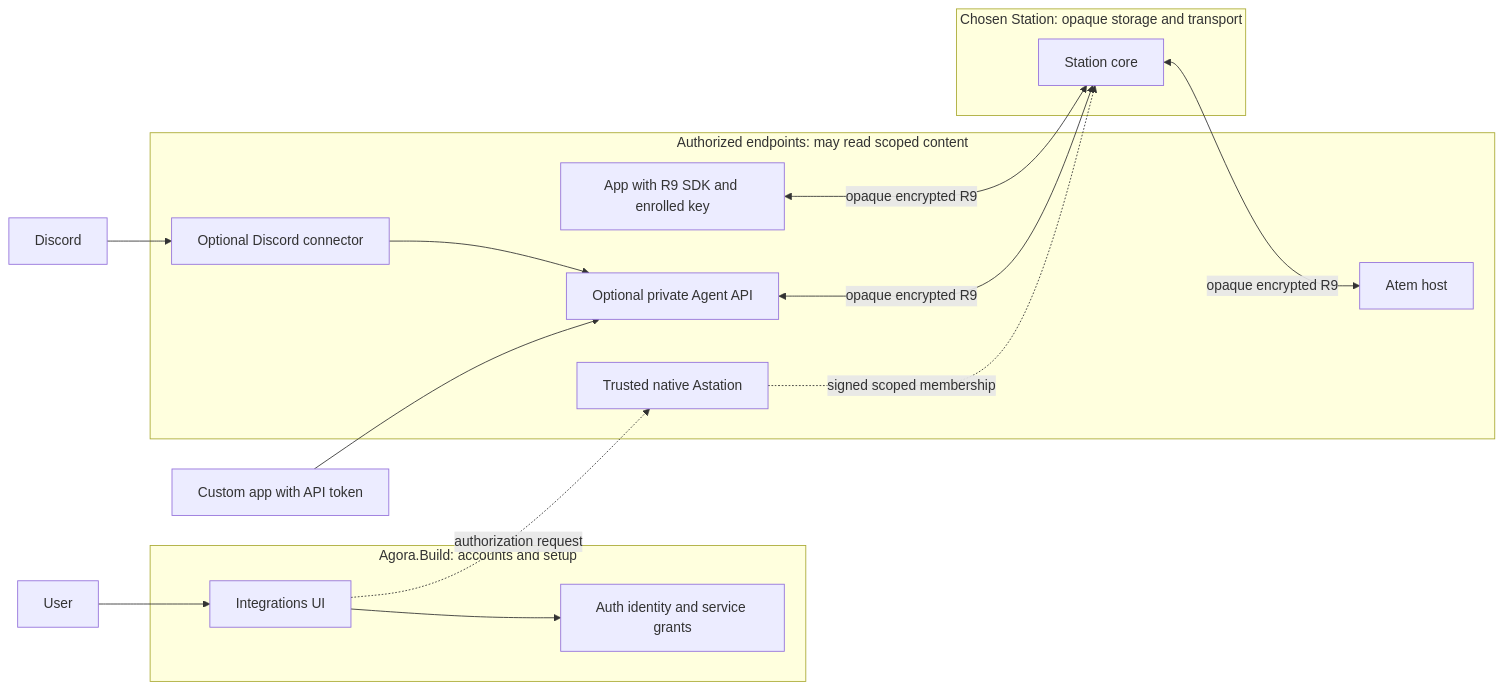
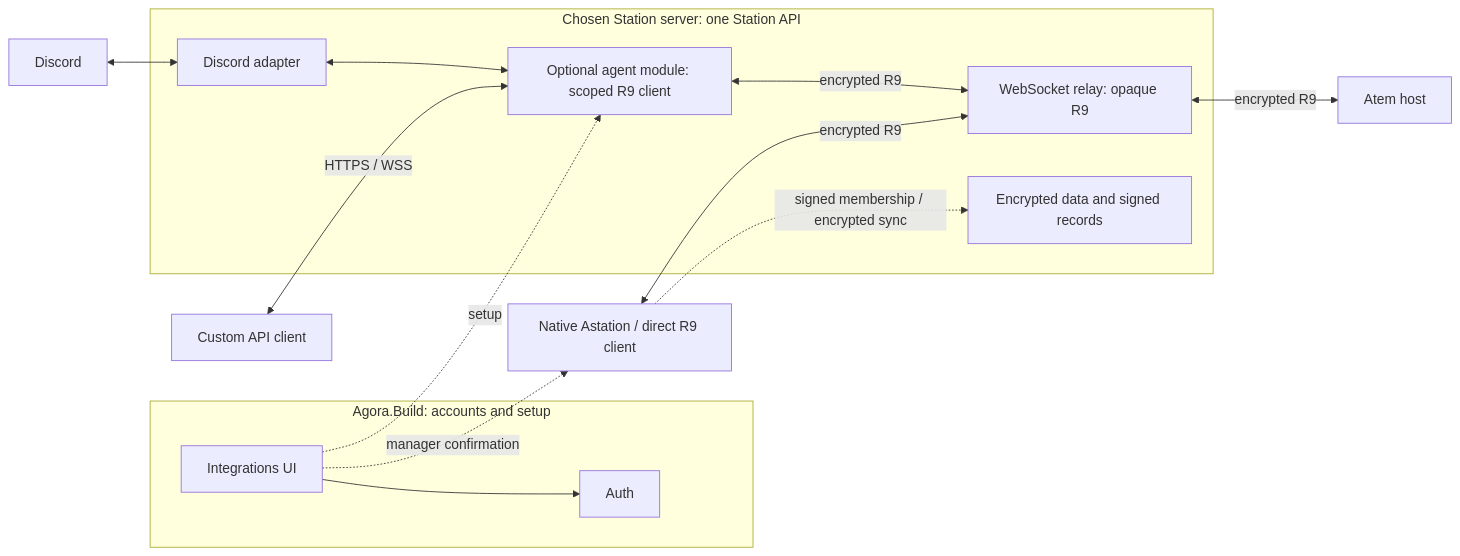
One commit to Agora-Build/Astation changed the diagram in designs/unified-integrations.md. Above: the diagram before and after it, drawn with Mermaid. The commit also changed other lines of this file and 2 other files, not shown here.

First line of the commit message:
docs: consolidate agent integrations into Station API

````diff
--- a/designs/unified-integrations.md
+++ b/designs/unified-integrations.md
@@ -121,27 +137,23 @@
 ```mermaid
 flowchart LR
     subgraph Account[Agora.Build: accounts and setup]
       Portal[Integrations UI]
-      Auth[Auth identity and service grants]
+      Auth[Auth]
     end
-    subgraph PrivateStore[Chosen Station: opaque storage and transport]
-      Station[Station core]
+    subgraph Station[Chosen Station server: one Station API]
+      Relay[WebSocket relay: opaque R9]
+      Store[Encrypted data and signed records]
+      Agents[Optional agent module: scoped R9 client]
+      DiscordAdapter[Discord adapter]
     end
-    subgraph Endpoints[Authorized endpoints: may read scoped content]
-      Native[Trusted native Astation]
-      Gateway[Optional private Agent API]
-      Connector[Optional Discord connector]
-      Atem[Atem host]
-      Direct[App with R9 SDK and enrolled key]
-    end
-    User[User] --> Portal
+    Native[Native Astation / direct R9 client] <-->|encrypted R9| Relay
+    Relay <-->|encrypted R9| Atem[Atem host]
+    Agents <-->|encrypted R9| Relay
+    Custom[Custom API client] <-->|HTTPS / WSS| Agents
+    Discord[Discord] <--> DiscordAdapter
+    DiscordAdapter <--> Agents
     Portal --> Auth
-    Portal -. authorization request .-> Native
-    Native -. signed scoped membership .-> Station
-    Custom[Custom app with API token] --> Gateway
-    Discord[Discord] --> Connector
-    Connector --> Gateway
-    Gateway <-->|opaque encrypted R9| Station
-    Station <-->|opaque encrypted R9| Atem
-    Direct <-->|opaque encrypted R9| Station
+    Portal -. setup .-> Agents
+    Portal -. manager confirmation .-> Native
+    Native -. signed membership / encrypted sync .-> Store
 ```
````
